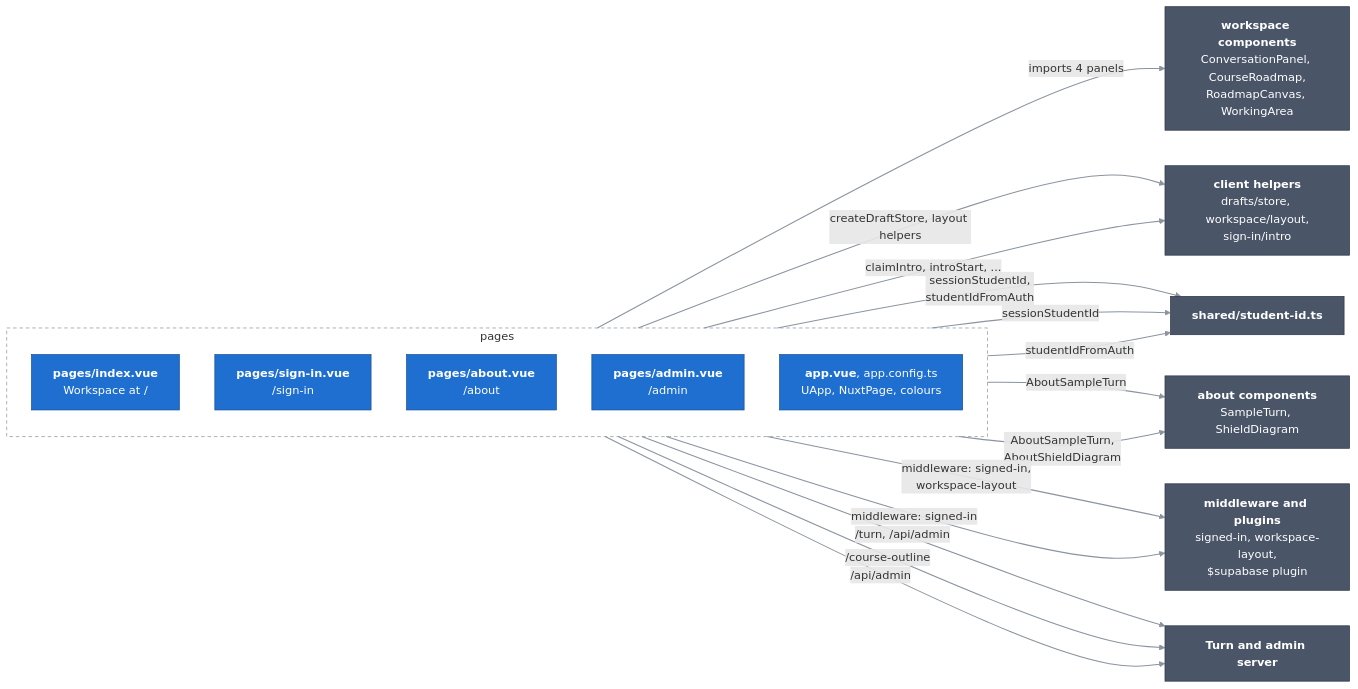
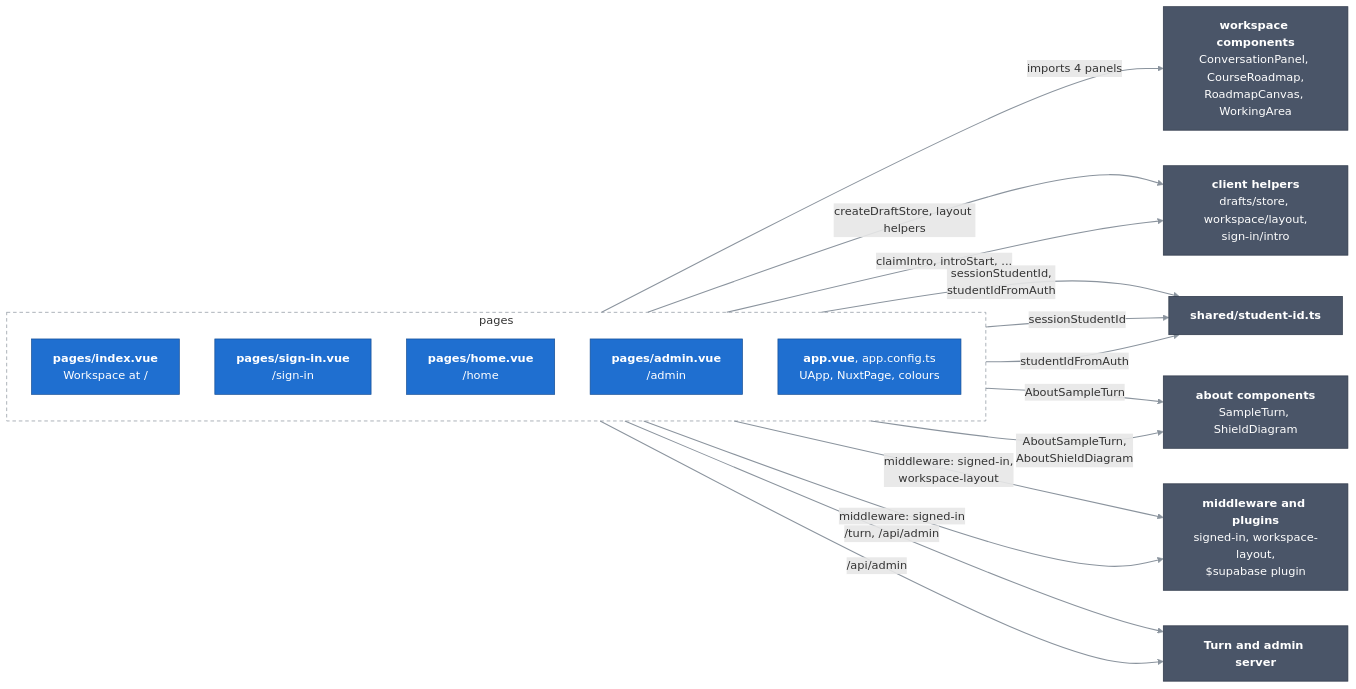
Before and after one commit to Bill2926/COS40005_HN9_Verifiable_Co-Learner_Agent: the diagram in docs/c4/03-components/web-app/01-pages.md, drawn with Mermaid. The commit also changed other lines of this file and 24 other files, not shown here.

````diff
--- a/docs/c4/03-components/web-app/01-pages.md
+++ b/docs/c4/03-components/web-app/01-pages.md
@@ -10,38 +10,37 @@
 ```mermaid
 flowchart LR
   classDef comp fill:#1f6fd0,stroke:#164f96,color:#ffffff
   classDef near fill:#4a5568,stroke:#2d3748,color:#ffffff
   linkStyle default stroke:#8b949e,stroke-width:1.5px
 
   subgraph pages["pages"]
     direction TB
     index["<b>pages/index.vue</b><br/>Workspace at /"]:::comp
     signin["<b>pages/sign-in.vue</b><br/>/sign-in"]:::comp
-    about["<b>pages/about.vue</b><br/>/about"]:::comp
+    home["<b>pages/home.vue</b><br/>/home"]:::comp
     admin["<b>pages/admin.vue</b><br/>/admin"]:::comp
     shell["<b>app.vue</b>, app.config.ts<br/>UApp, NuxtPage, colours"]:::comp
   end
 
   panels["<b>workspace components</b><br/>ConversationPanel, CourseRoadmap,<br/>RoadmapCanvas, WorkingArea"]:::near
   helpers["<b>client helpers</b><br/>drafts/store, workspace/layout,<br/>sign-in/intro"]:::near
   studentId["<b>shared/student-id.ts</b>"]:::near
   aboutParts["<b>about components</b><br/>SampleTurn, ShieldDiagram"]:::near
   mw["<b>middleware and plugins</b><br/>signed-in, workspace-layout,<br/>$supabase plugin"]:::near
   server["<b>Turn and admin server</b>"]:::near
 
   index -->|"imports 4 panels"| panels
   index -->|"createDraftStore, layout helpers"| helpers
   signin -->|"claimIntro, introStart, ..."| helpers
   index -->|"sessionStudentId,<br/>studentIdFromAuth"| studentId
   signin -->|"sessionStudentId"| studentId
-  about -->|"studentIdFromAuth"| studentId
+  home -->|"studentIdFromAuth"| studentId
   signin ==>|"AboutSampleTurn"| aboutParts
-  about ==>|"AboutSampleTurn,<br/>AboutShieldDiagram"| aboutParts
+  home ==>|"AboutSampleTurn,<br/>AboutShieldDiagram"| aboutParts
   index ==>|"middleware: signed-in,<br/>workspace-layout"| mw
   admin ==>|"middleware: signed-in"| mw
   index ==>|"/turn, /api/admin"| server
-  about ==>|"/course-outline"| server
   admin ==>|"/api/admin"| server
 
   style pages fill:none,stroke:#8b949e,stroke-dasharray:5 4
 ```
````
